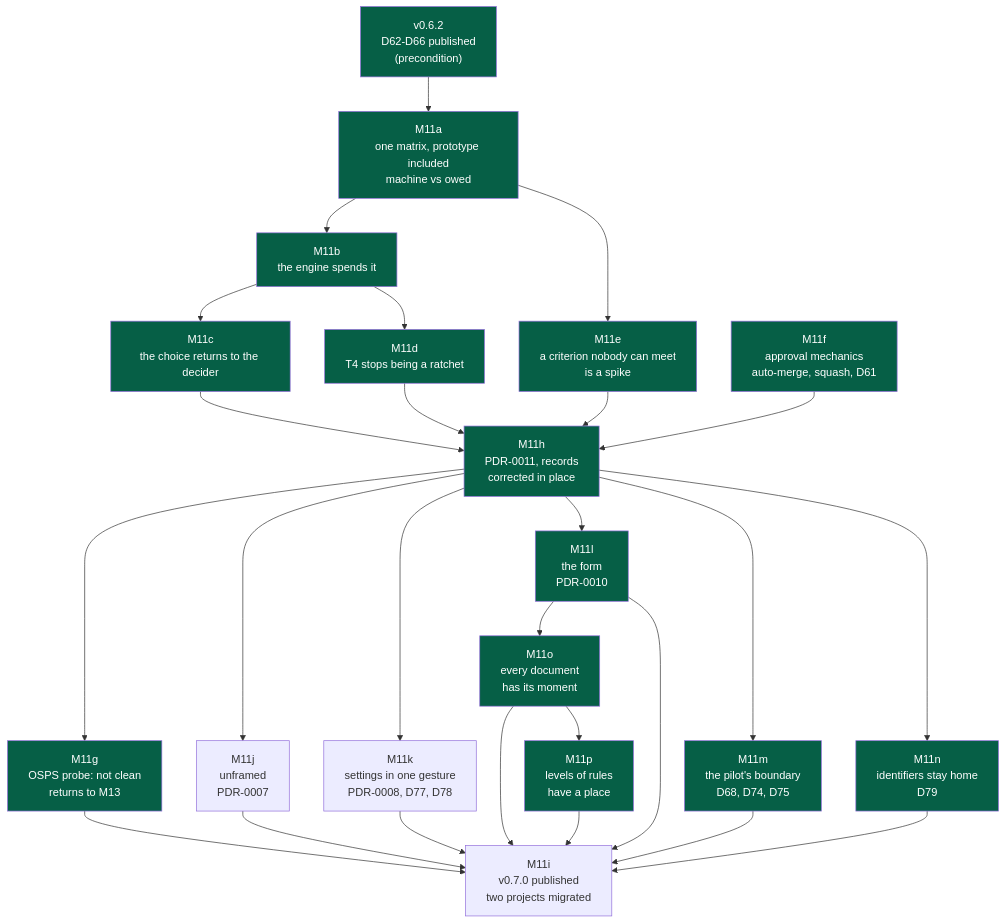
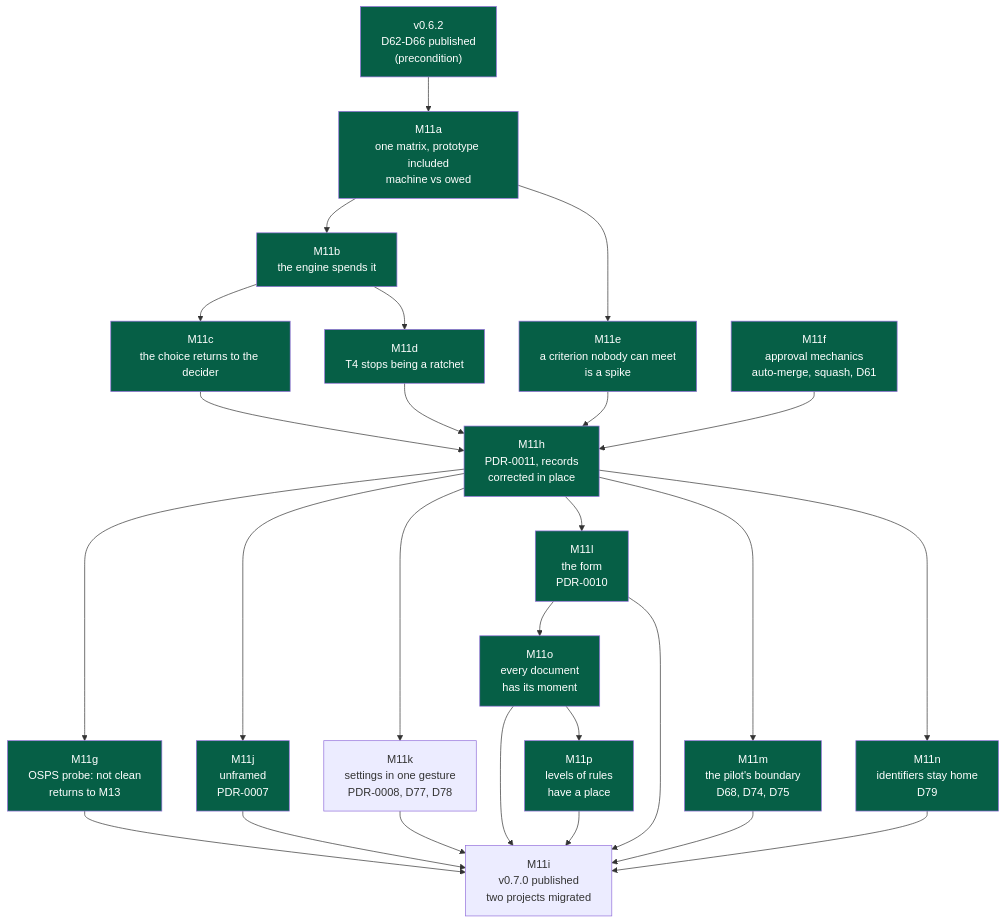
Before and after one commit to NapkinStack/engineering-os: the first of 3 diagrams in docs/governance/plans/2026-09-23-m11-ceremony-follows-consequence.md, drawn with Mermaid. The commit also changed other lines of this file and 18 other files, not shown here.

````diff
--- a/docs/governance/plans/2026-09-23-m11-ceremony-follows-consequence.md
+++ b/docs/governance/plans/2026-09-23-m11-ceremony-follows-consequence.md
@@ -140,30 +140,30 @@
 ```mermaid
 flowchart TD
     V62["v0.6.2<br/>D62-D66 published<br/>(precondition)"]:::done --> A
     A["M11a<br/>one matrix, prototype included<br/>machine vs owed"]:::done --> B["M11b<br/>the engine spends it"]:::done
     B --> C["M11c<br/>the choice returns to the decider"]:::done
     B --> D["M11d<br/>T4 stops being a ratchet"]:::done
     A --> E["M11e<br/>a criterion nobody can meet<br/>is a spike"]:::done
     F["M11f<br/>approval mechanics<br/>auto-merge, squash, D61"]:::done --> H
     C --> H["M11h<br/>PDR-0011, records<br/>corrected in place"]:::done
     D --> H
     E --> H
     H --> G["M11g<br/>OSPS probe: not clean<br/>returns to M13"]:::done
-    H --> J["M11j<br/>unframed<br/>PDR-0007"]
+    H --> J["M11j<br/>unframed<br/>PDR-0007"]:::done
     H --> K["M11k<br/>settings in one gesture<br/>PDR-0008, D77, D78"]
     H --> L["M11l<br/>the form<br/>PDR-0010"]:::done
     H --> M["M11m<br/>the pilot's boundary<br/>D68, D74, D75"]:::done
     H --> N["M11n<br/>identifiers stay home<br/>D79"]:::done
     L --> O["M11o<br/>every document<br/>has its moment"]:::done
     O --> I
     O --> Q["M11p<br/>levels of rules<br/>have a place"]:::done
     Q --> I
     N --> I
     G --> I["M11i<br/>v0.7.0 published<br/>two projects migrated"]
     J --> I
     K --> I
     L --> I
     M --> I
 
     classDef done fill:#065f46,color:#fff
 ```
````
